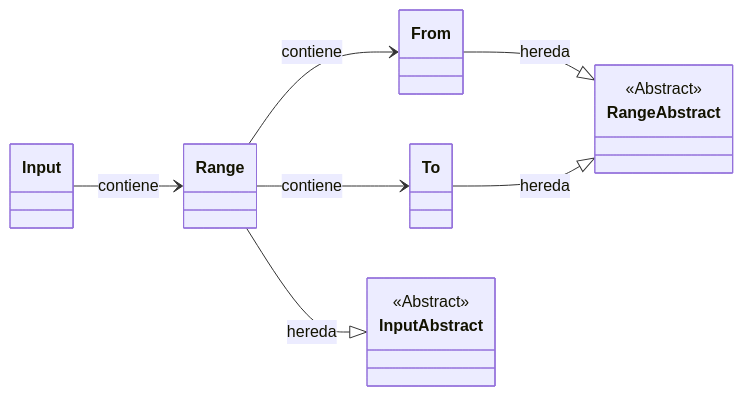
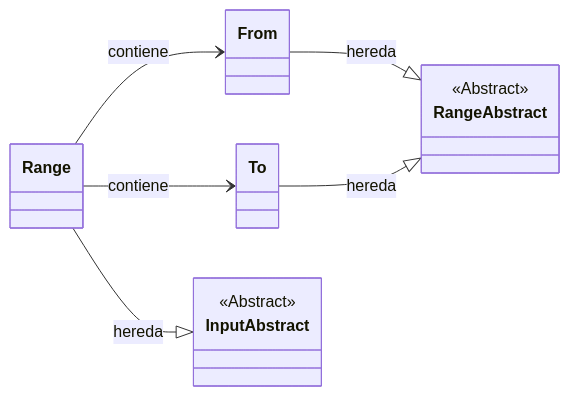
The fourth of 4 diagrams in README.md (rodrigodomingorena/para-el-readme), drawn with Mermaid before and after one commit. The commit also changed other lines of this file, not shown here.

````diff
--- a/README.md
+++ b/README.md
@@ -275,16 +293,14 @@
-      ```mermaid
-         classDiagram
-            direction LR
-            Input --> Range : contiene
+         ```mermaid
+            classDiagram
+               direction LR
+               Range --> From : contiene
+               Range --> To : contiene
 
-            Range --> From : contiene
-            Range --> To : contiene
+               Range --|> InputAbstract : hereda
+    
+               From --|> RangeAbstract : hereda
+               To --|> RangeAbstract : hereda
 
-            Range --|> InputAbstract : hereda
-    
-            From --|> RangeAbstract : hereda
-            To --|> RangeAbstract : hereda
-
-            <<Abstract>> InputAbstract
-            <<Abstract>> RangeAbstract
-      ```
+               <<Abstract>> InputAbstract
+               <<Abstract>> RangeAbstract
+         ```
````
